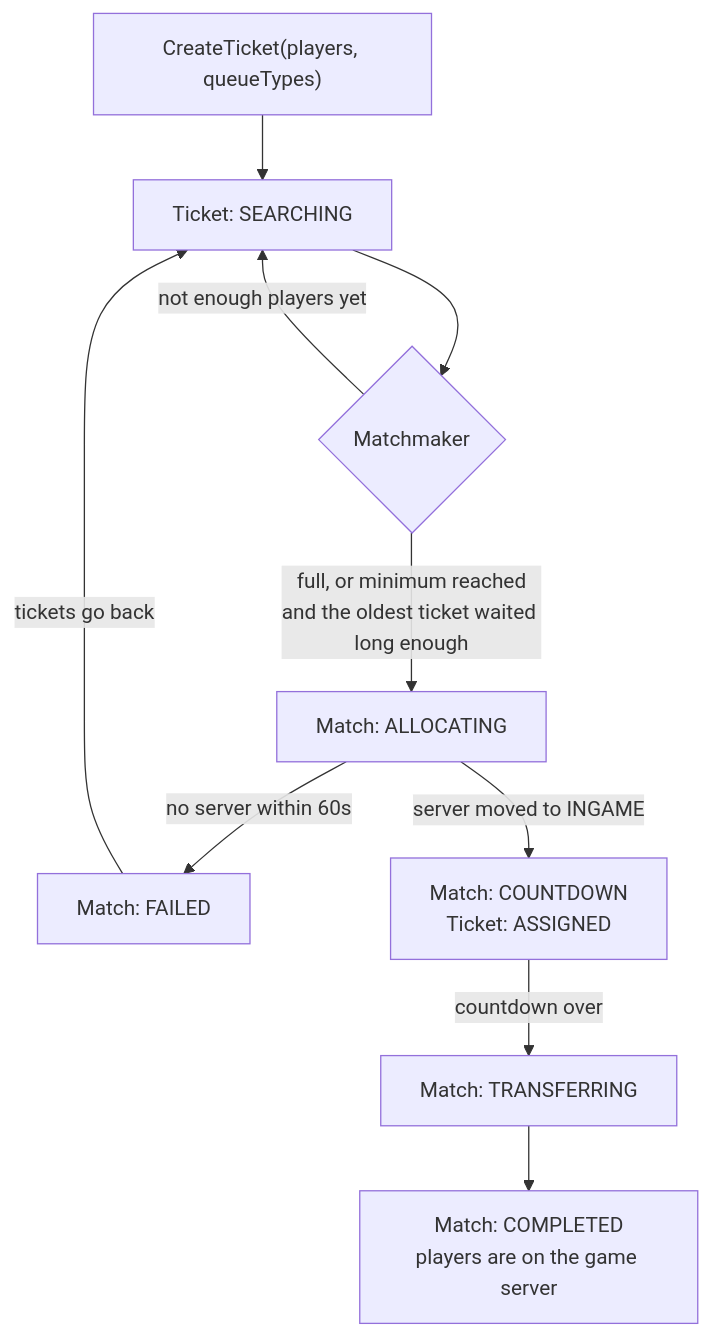
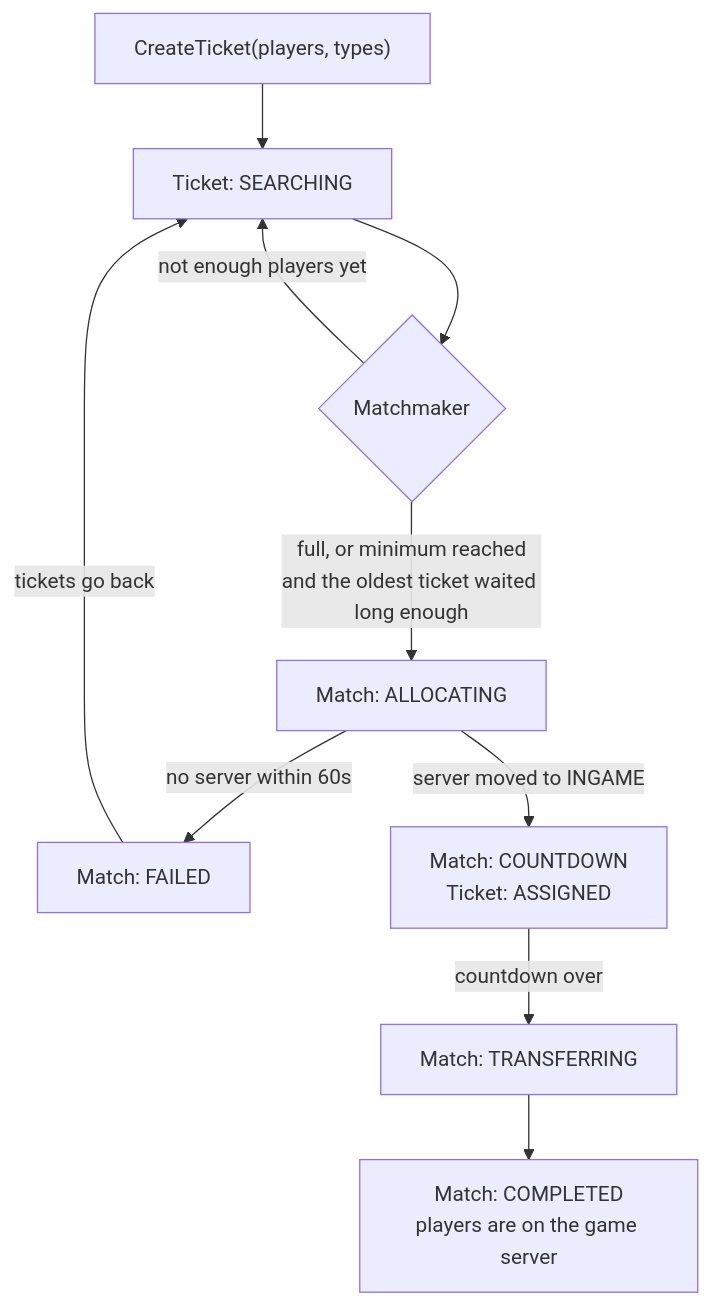
Before and after one commit to mythicisland/queue: the diagram in README.md, drawn with Mermaid. The commit also changed other lines of this file, not shown here.

````diff
--- a/README.md
+++ b/README.md
@@ -20,12 +20,12 @@
 ```mermaid
 flowchart TD
-    A["CreateTicket(players, queueTypes)"] --> B["Ticket: SEARCHING"]
+    A["CreateTicket(players, types)"] --> B["Ticket: SEARCHING"]
     B --> C{"Matchmaker"}
     C -->|not enough players yet| B
     C -->|full, or minimum reached<br/>and the oldest ticket waited long enough| D["Match: ALLOCATING"]
     D -->|no server within 60s| F["Match: FAILED"]
     F -->|tickets go back| B
     D -->|server moved to INGAME| E["Match: COUNTDOWN<br/>Ticket: ASSIGNED"]
     E -->|countdown over| G["Match: TRANSFERRING"]
     G --> H["Match: COMPLETED<br/>players are on the game server"]
 ```
````
